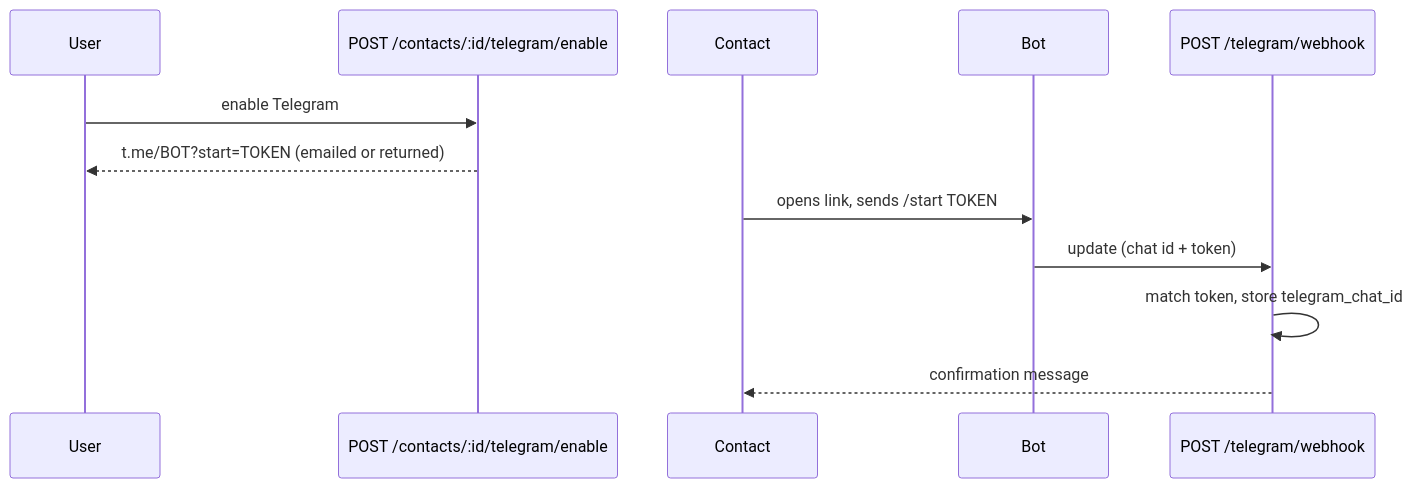
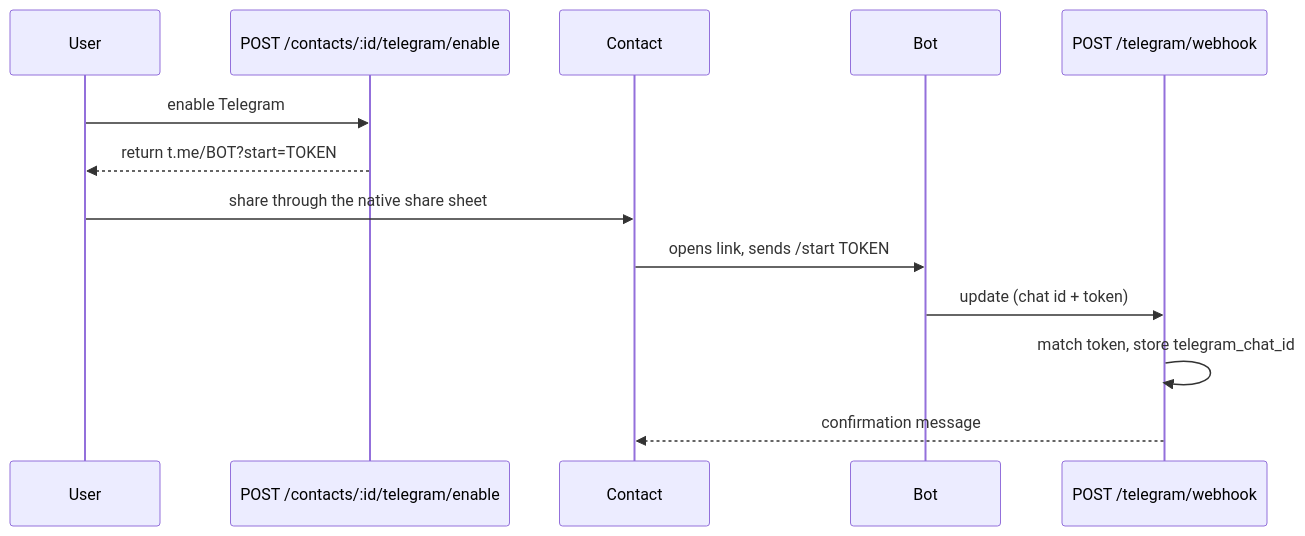
One commit to skellent/iOS-compiler changed the second of 2 diagrams in docs/backend/notifications.md. Above: the diagram before and after it, drawn with Mermaid. The commit also changed other lines of this file and 10 other files, not shown here.

````diff
--- a/docs/backend/notifications.md
+++ b/docs/backend/notifications.md
@@ -58,14 +58,15 @@
 ```mermaid
 sequenceDiagram
     participant User
     participant API as POST /contacts/:id/telegram/enable
     participant Contact
     participant Bot
     participant Webhook as POST /telegram/webhook
     User->>API: enable Telegram
-    API-->>User: t.me/BOT?start=TOKEN (emailed or returned)
+    API-->>User: return t.me/BOT?start=TOKEN
+    User->>Contact: share through the native share sheet
     Contact->>Bot: opens link, sends /start TOKEN
     Bot->>Webhook: update (chat id + token)
     Webhook->>Webhook: match token, store telegram_chat_id
     Webhook-->>Contact: confirmation message
 ```
````
